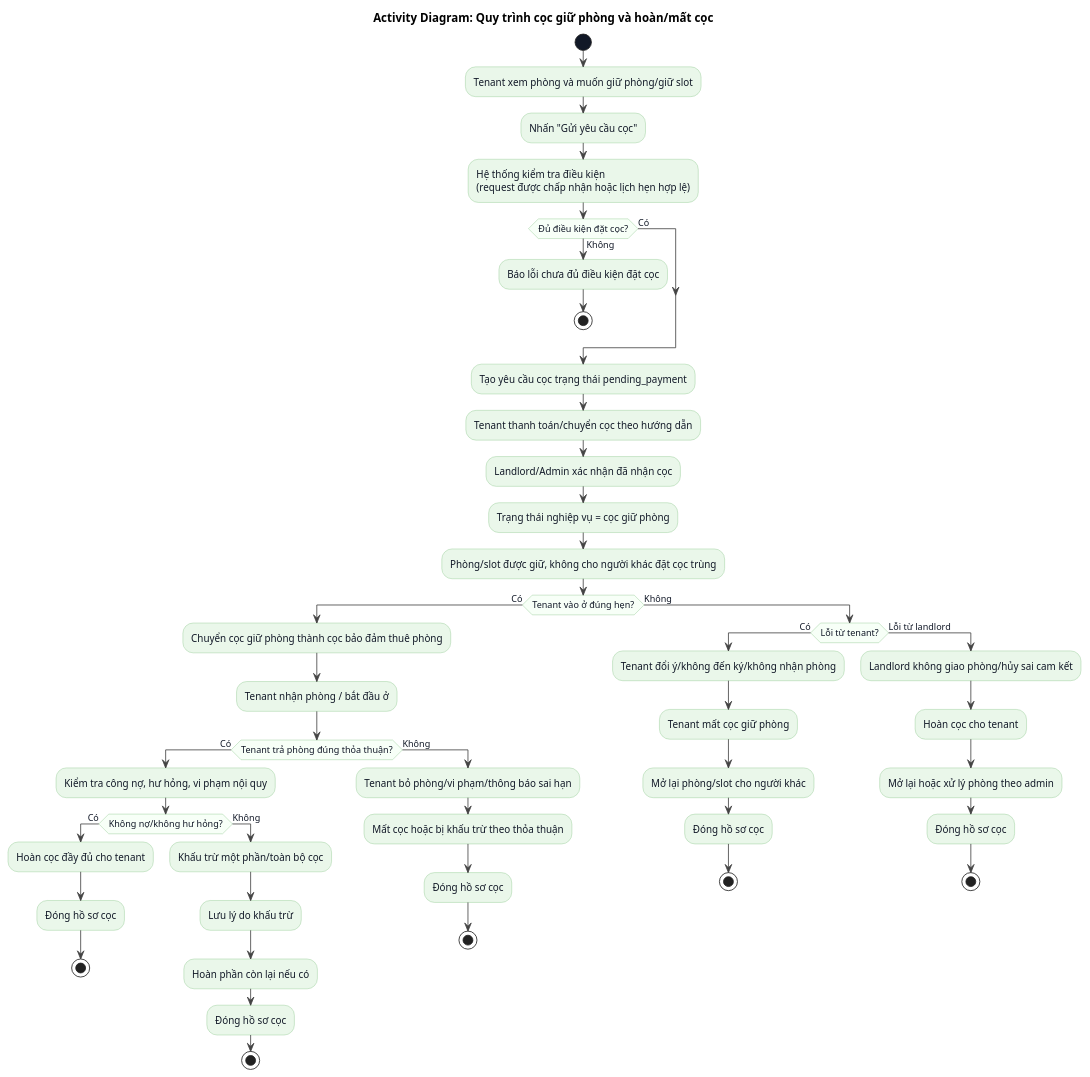
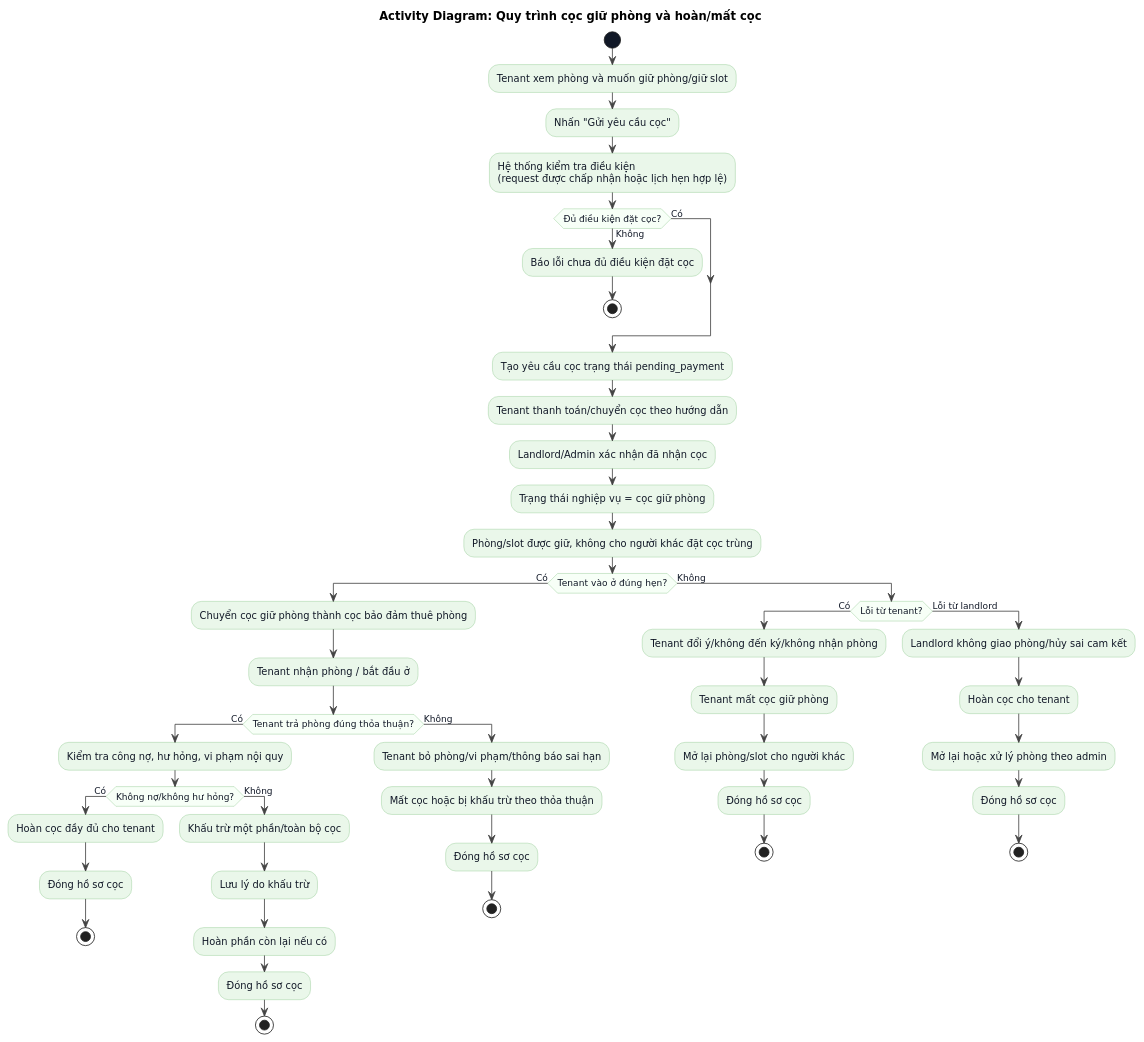
One commit to kinhon11/roommatch changed the diagram in PlantUML/Activity/DepositLifecycleActivity.plantuml. Above: the diagram before and after it, drawn with PlantUML. The commit also changed 10 other files, not shown here.

Commit message:
Use Unicode font for PlantUML diagrams

```diff
--- a/PlantUML/Activity/DepositLifecycleActivity.plantuml
+++ b/PlantUML/Activity/DepositLifecycleActivity.plantuml
@@ -1,78 +1,78 @@
 @startuml
 title Activity Diagram: Quy trình cọc giữ phòng và hoàn/mất cọc
 
 skinparam shadowing false
-skinparam defaultFontName Arial
+skinparam defaultFontName "DejaVu Sans"
 skinparam activity {
   BackgroundColor #EAF7EA
   BorderColor #8BC58B
   FontColor #111827
   DiamondBackgroundColor #F7FFF7
   DiamondBorderColor #8BC58B
   StartColor #111827
   EndColor #111827
   BarColor #111827
 }
 skinparam arrow {
   Color #444444
   FontColor #111827
 }
 
 start
 :Tenant xem phòng và muốn giữ phòng/giữ slot;
 :Nhấn "Gửi yêu cầu cọc";
 
 :Hệ thống kiểm tra điều kiện\n(request được chấp nhận hoặc lịch hẹn hợp lệ);
 if (Đủ điều kiện đặt cọc?) then (Không)
   :Báo lỗi chưa đủ điều kiện đặt cọc;
   stop
 else (Có)
 endif
 
 :Tạo yêu cầu cọc trạng thái pending_payment;
 :Tenant thanh toán/chuyển cọc theo hướng dẫn;
 :Landlord/Admin xác nhận đã nhận cọc;
 :Trạng thái nghiệp vụ = cọc giữ phòng;
 :Phòng/slot được giữ, không cho người khác đặt cọc trùng;
 
 if (Tenant vào ở đúng hẹn?) then (Có)
   :Chuyển cọc giữ phòng thành cọc bảo đảm thuê phòng;
   :Tenant nhận phòng / bắt đầu ở;
 
   if (Tenant trả phòng đúng thỏa thuận?) then (Có)
     :Kiểm tra công nợ, hư hỏng, vi phạm nội quy;
     if (Không nợ/không hư hỏng?) then (Có)
       :Hoàn cọc đầy đủ cho tenant;
       :Đóng hồ sơ cọc;
       stop
     else (Không)
       :Khấu trừ một phần/toàn bộ cọc;
       :Lưu lý do khấu trừ;
       :Hoàn phần còn lại nếu có;
       :Đóng hồ sơ cọc;
       stop
     endif
   else (Không)
     :Tenant bỏ phòng/vi phạm/thông báo sai hạn;
     :Mất cọc hoặc bị khấu trừ theo thỏa thuận;
     :Đóng hồ sơ cọc;
     stop
   endif
 
 else (Không)
   if (Lỗi từ tenant?) then (Có)
     :Tenant đổi ý/không đến ký/không nhận phòng;
     :Tenant mất cọc giữ phòng;
     :Mở lại phòng/slot cho người khác;
     :Đóng hồ sơ cọc;
     stop
   else (Lỗi từ landlord)
     :Landlord không giao phòng/hủy sai cam kết;
     :Hoàn cọc cho tenant;
     :Mở lại hoặc xử lý phòng theo admin;
     :Đóng hồ sơ cọc;
     stop
   endif
 endif
 
 @enduml
```
